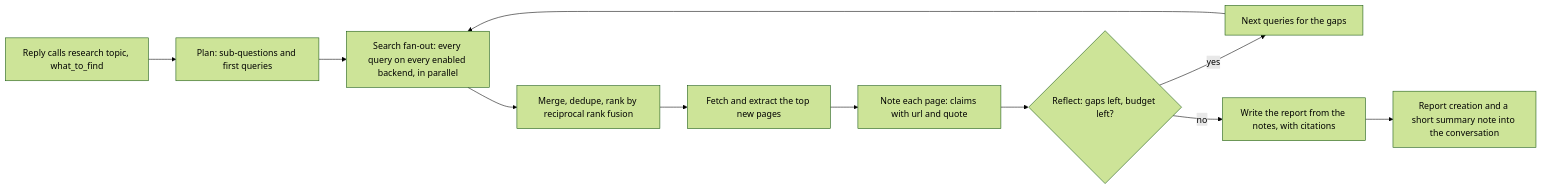
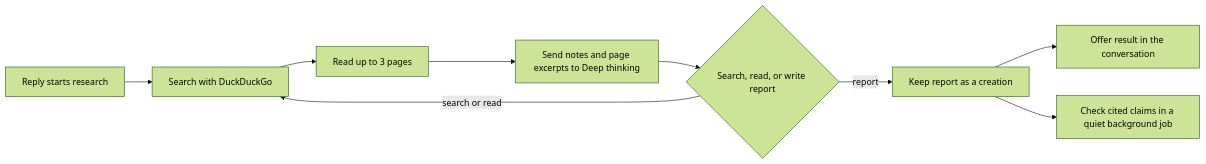
Before and after one commit to throndir2/Martlet: the diagram in docs/DEEP_RESEARCH.md, drawn with Mermaid (forest theme). The commit also changed other lines of this file and 29 other files, not shown here.

````diff
--- a/docs/DEEP_RESEARCH.md
+++ b/docs/DEEP_RESEARCH.md
@@ -47,12 +55,11 @@
 ```mermaid
 flowchart LR
-    A[Reply calls research topic, what_to_find] --> B[Plan: sub-questions and first queries]
-    B --> C[Search fan-out: every query on every enabled backend, in parallel]
-    C --> D[Merge, dedupe, rank by reciprocal rank fusion]
-    D --> E[Fetch and extract the top new pages]
-    E --> F[Note each page: claims with url and quote]
-    F --> G{Reflect: gaps left, budget left?}
-    G -- yes --> B2[Next queries for the gaps] --> C
-    G -- no --> H[Write the report from the notes, with citations]
-    H --> I[Report creation and a short summary note into the conversation]
+    A[Reply starts research] --> B[Search with DuckDuckGo]
+    B --> C[Read up to 3 pages]
+    C --> D[Send notes and page excerpts to Deep thinking]
+    D --> E{Search, read, or write report}
+    E -- search or read --> B
+    E -- report --> F[Keep report as a creation]
+    F --> G[Offer result in the conversation]
+    F --> H[Check cited claims in a quiet background job]
 ```
````
